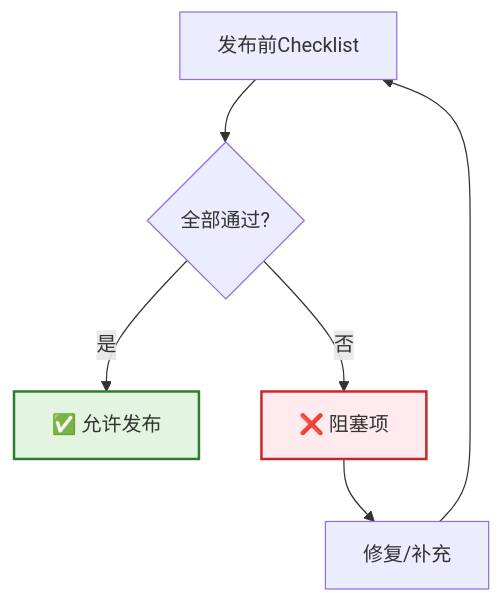
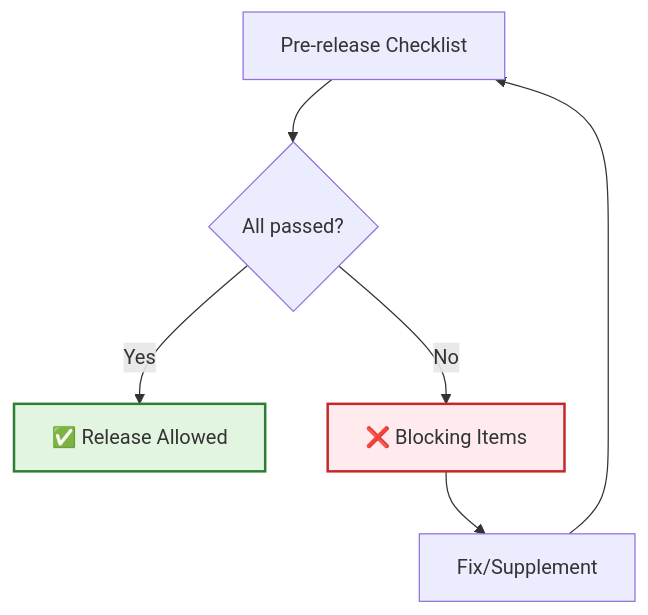
One commit to Kirky-X/cangjie changed the third of 8 diagrams in templates/产品/交付层/【模板】发布计划文档.md. Above: the diagram before and after it, drawn with Mermaid. The commit also changed other lines of this file and 60 other files, not shown here.

````diff
--- a/templates/产品/交付层/【模板】发布计划文档.md
+++ b/templates/产品/交付层/【模板】发布计划文档.md
@@ -304,11 +304,11 @@
 ```mermaid
 flowchart TD
-    A[发布前Checklist] --> B{全部通过?}
-    B -->|是| C[✅ 允许发布]
-    B -->|否| D[❌ 阻塞项]
-    D --> E[修复/补充]
+    A[Pre-release Checklist] --> B{All passed?}
+    B -->|Yes| C[✅ Release Allowed]
+    B -->|No| D[❌ Blocking Items]
+    D --> E[Fix/Supplement]
     E --> A
 
     style C fill:#e1f5e1,stroke:#2e7d32,stroke-width:2px
     style D fill:#ffebee,stroke:#c62828,stroke-width:2px
 ```
````
